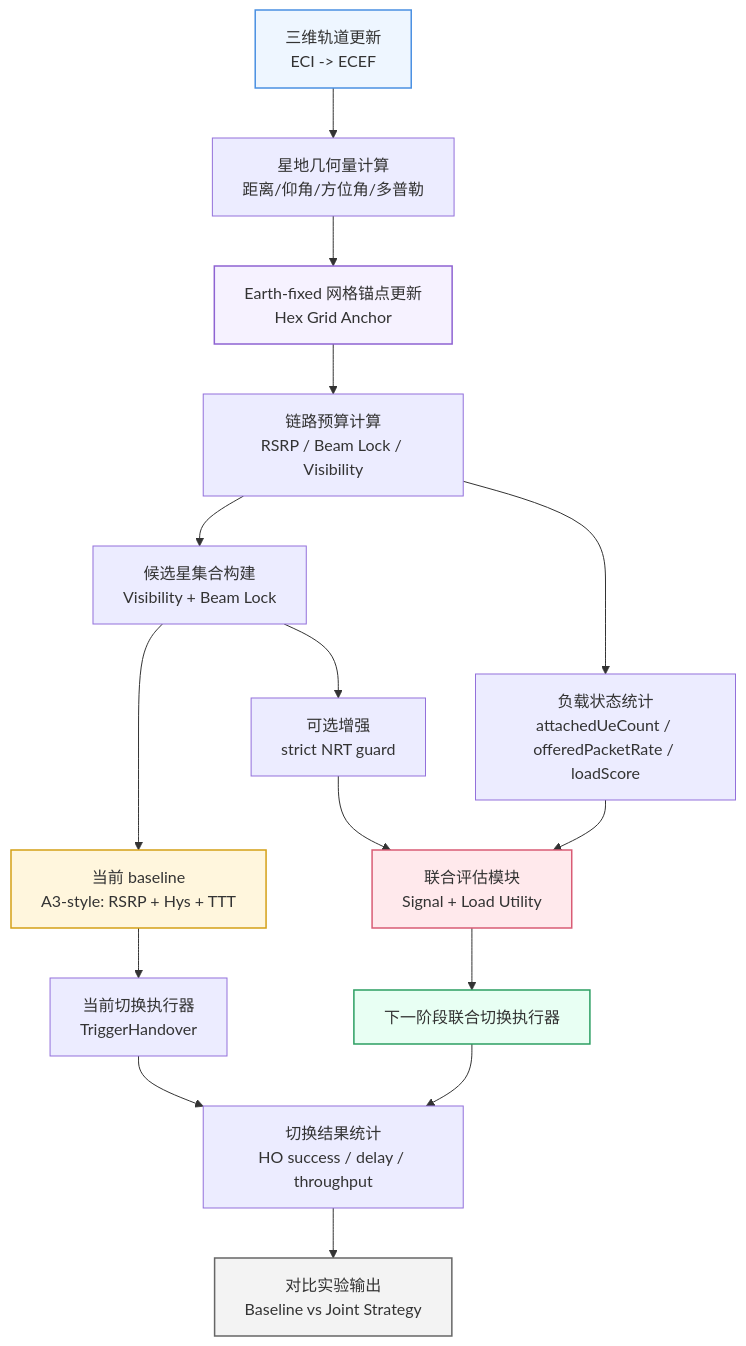
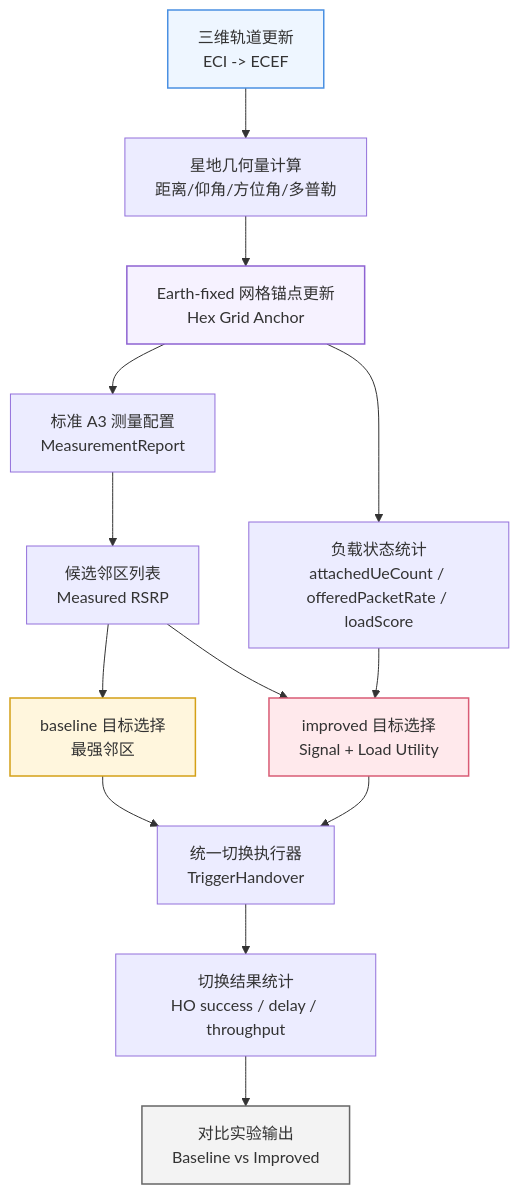
One commit to wwwwwzq0068/ns3-5glena-- changed the second of 2 diagrams in scratch/midterm-report/midterm-handover-flowcharts.md. Above: the diagram before and after it, drawn with Mermaid. The commit also changed other lines of this file and 20 other files, not shown here.

Commit message:
chore(v4.0.1): snapshot measurement-driven handover baseline

````diff
--- a/scratch/midterm-report/midterm-handover-flowcharts.md
+++ b/scratch/midterm-report/midterm-handover-flowcharts.md
@@ -96,29 +89,24 @@
 ```mermaid
 flowchart TD
     A[三维轨道更新<br/>ECI -> ECEF] --> B[星地几何量计算<br/>距离/仰角/方位角/多普勒]
     B --> C[Earth-fixed 网格锚点更新<br/>Hex Grid Anchor]
-    C --> D[链路预算计算<br/>RSRP / Beam Lock / Visibility]
+    C --> D[标准 A3 测量配置<br/>MeasurementReport]
+    D --> E[候选邻区列表<br/>Measured RSRP]
+    C --> G[负载状态统计<br/>attachedUeCount / offeredPacketRate / loadScore]
 
-    D --> E[候选星集合构建<br/>Visibility + Beam Lock]
-    E --> F[当前 baseline<br/>A3-style: RSRP + Hys + TTT]
-    E --> H0[可选增强<br/>strict NRT guard]
+    E --> F[baseline 目标选择<br/>最强邻区]
+    E --> H[improved 目标选择<br/>Signal + Load Utility]
+    G --> H
 
-    D --> G[负载状态统计<br/>attachedUeCount / offeredPacketRate / loadScore]
-    H0 --> H
-    G --> H[联合评估模块<br/>Signal + Load Utility]
-
-    F --> I[当前切换执行器<br/>TriggerHandover]
-    H --> J[下一阶段联合切换执行器]
+    F --> I[统一切换执行器<br/>TriggerHandover]
+    H --> I
 
     I --> K[切换结果统计<br/>HO success / delay / throughput]
-    J --> K
-
-    K --> L[对比实验输出<br/>Baseline vs Joint Strategy]
+    K --> L[对比实验输出<br/>Baseline vs Improved]
 
     style A fill:#eef6ff,stroke:#4a90e2,stroke-width:1.5px
     style C fill:#f6f2ff,stroke:#8e63d2,stroke-width:1.5px
     style F fill:#fff6dd,stroke:#d4a017,stroke-width:1.5px
     style H fill:#ffe9ec,stroke:#d95c75,stroke-width:1.5px
-    style J fill:#e8fff3,stroke:#2c9f62,stroke-width:1.5px
     style L fill:#f3f3f3,stroke:#666,stroke-width:1.5px
 ```
````
